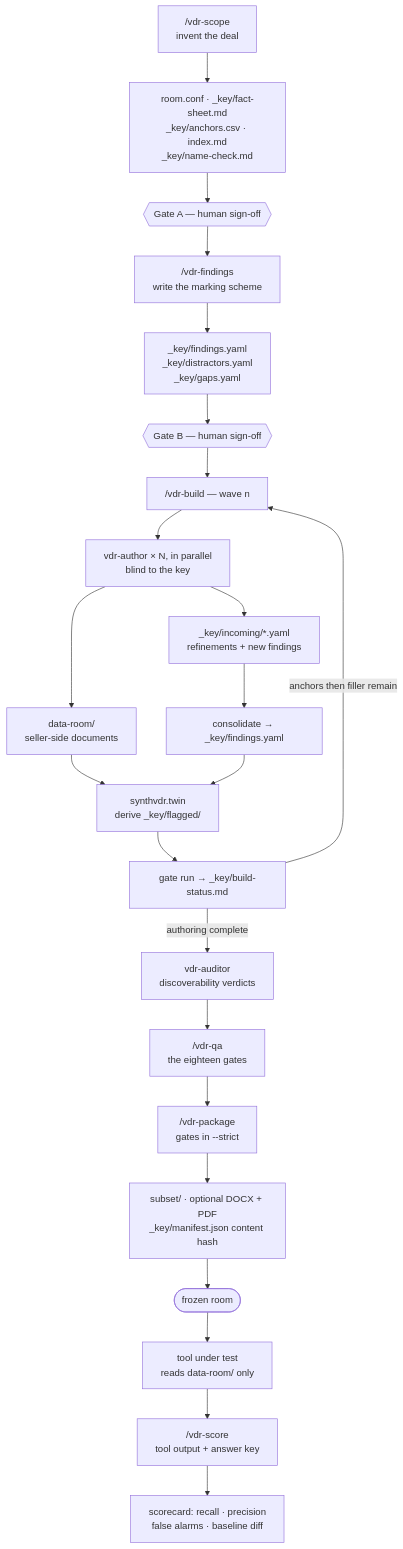
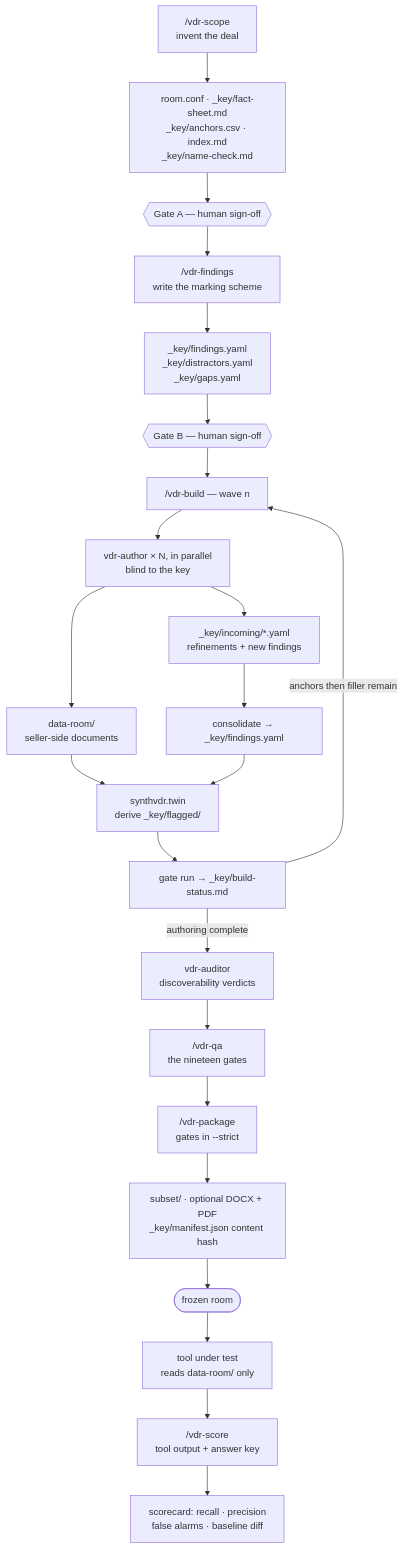
One commit to gblegal/gb_synth_vdr changed the diagram in ARCHITECTURE.md. Above: the diagram before and after it, drawn with Mermaid. The commit also changed other lines of this file and 14 other files, not shown here.

````diff
--- a/ARCHITECTURE.md
+++ b/ARCHITECTURE.md
@@ -87,25 +87,25 @@
 ```mermaid
 flowchart TB
     S["/vdr-scope<br/>invent the deal"] --> SA["room.conf · _key/fact-sheet.md<br/>_key/anchors.csv · index.md<br/>_key/name-check.md"]
     SA --> GA{{"Gate A — human sign-off"}}
     GA --> F["/vdr-findings<br/>write the marking scheme"]
     F --> FA["_key/findings.yaml<br/>_key/distractors.yaml<br/>_key/gaps.yaml"]
     FA --> GB{{"Gate B — human sign-off"}}
     GB --> W["/vdr-build — wave n"]
     W --> A["vdr-author × N, in parallel<br/>blind to the key"]
     A --> D["data-room/<br/>seller-side documents"]
     A --> I["_key/incoming/*.yaml<br/>refinements + new findings"]
     I --> C["consolidate → _key/findings.yaml"]
     D --> TW["synthvdr.twin<br/>derive _key/flagged/"]
     C --> TW
     TW --> G["gate run → _key/build-status.md"]
     G -->|"anchors then filler remain"| W
     G -->|"authoring complete"| AU["vdr-auditor<br/>discoverability verdicts"]
-    AU --> Q["/vdr-qa<br/>the eighteen gates"]
+    AU --> Q["/vdr-qa<br/>the nineteen gates"]
     Q --> P["/vdr-package<br/>gates in --strict"]
     P --> SUB["subset/ · optional DOCX + PDF<br/>_key/manifest.json content hash"]
     SUB --> R(["frozen room"])
     R --> TU["tool under test<br/>reads data-room/ only"]
     TU --> SCO["/vdr-score<br/>tool output + answer key"]
     SCO --> CARD["scorecard: recall · precision<br/>false alarms · baseline diff"]
 ```
````
